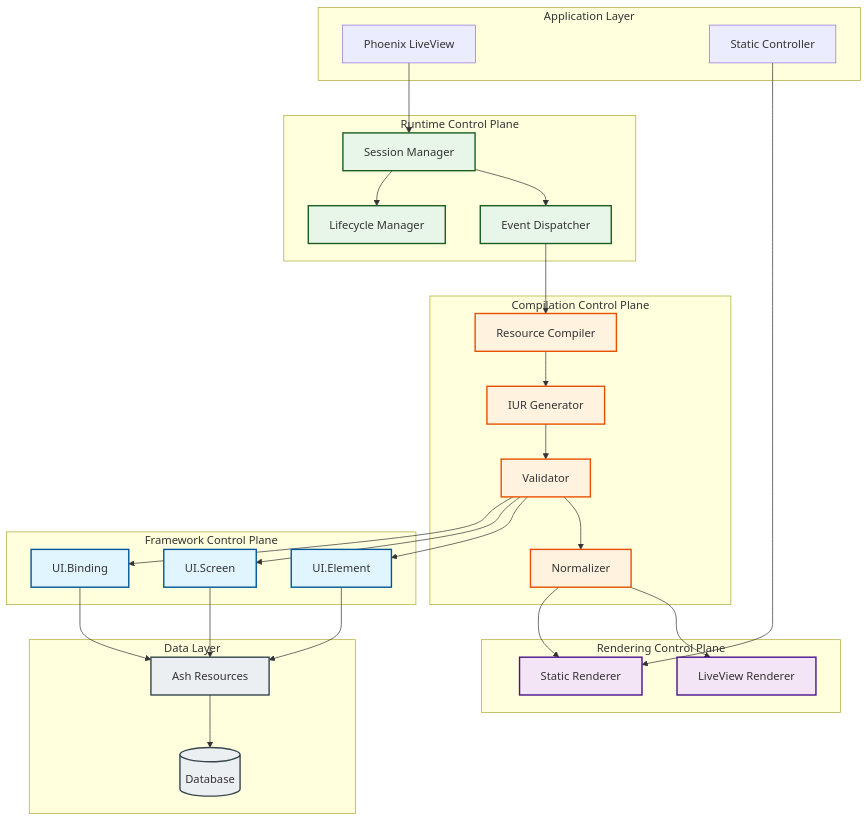
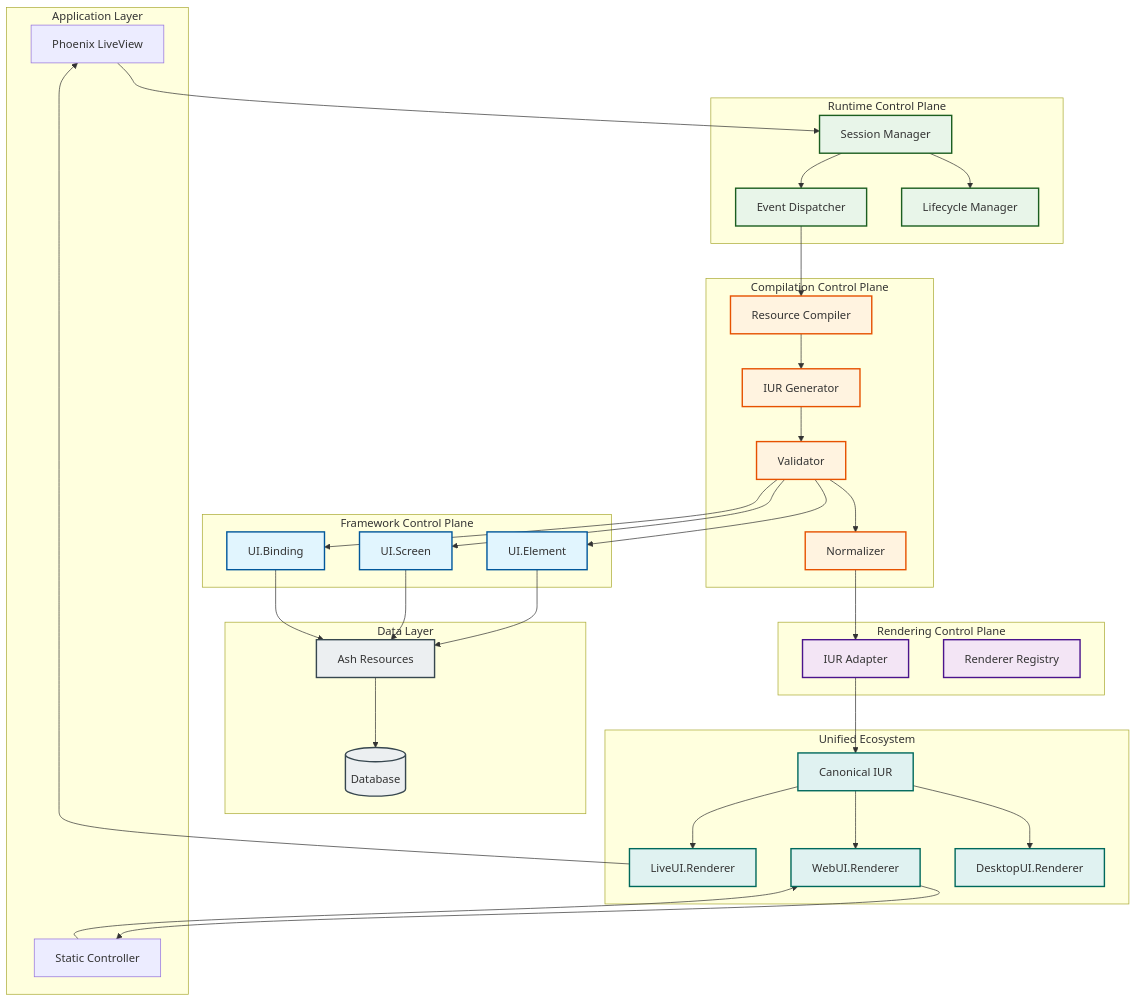
One commit to pcharbon70/ash_ui changed the first of 3 diagrams in guides/developer/DG-0001-architecture-overview.md. Above: the diagram before and after it, drawn with Mermaid. The commit also changed other lines of this file and 9 other files, not shown here.

First line of the commit message:
Update Ash UI specs to integrate with unified-ui ecosystem

````diff
--- a/guides/developer/DG-0001-architecture-overview.md
+++ b/guides/developer/DG-0001-architecture-overview.md
@@ -62,8 +62,15 @@
     end
 
     subgraph Rendering["Rendering Control Plane"]
-        LiveRenderer["LiveView Renderer"]
-        WebRenderer["Static Renderer"]
+        Adapter["IUR Adapter"]
+        Registry["Renderer Registry"]
+    end
+
+    subgraph Unified["Unified Ecosystem"]
+        Canonical["Canonical IUR"]
+        LiveRenderer["LiveUI.Renderer"]
+        WebRenderer["WebUI.Renderer"]
+        DesktopRenderer["DesktopUI.Renderer"]
     end
 
     LiveView --> Session
@@ -76,9 +83,15 @@
     Compiler --> IUR
     IUR --> Validator
     Validator --> Normalizer
+    Normalizer --> Adapter
+    Adapter --> Canonical
 
-    Normalizer --> LiveRenderer
-    Normalizer --> WebRenderer
+    Canonical --> LiveRenderer
+    Canonical --> WebRenderer
+    Canonical --> DesktopRenderer
+
+    LiveRenderer --> LiveView
+    WebRenderer --> Static
 
     Validator --> Element
     Validator --> Screen
@@ -95,10 +108,12 @@
     classDef rendering fill:#f3e5f5,stroke:#4a148c,stroke-width:2px
     classDef runtime fill:#e8f5e9,stroke:#1b5e20,stroke-width:2px
     classDef data fill:#eceff1,stroke:#37474f,stroke-width:2px
+    classDef unified fill:#e0f2f1,stroke:#00695c,stroke-width:2px
 
     class Element,Screen,Binding framework
     class Compiler,IUR,Validator,Normalizer compilation
-    class LiveRenderer,WebRenderer rendering
+    class Adapter,Registry rendering
     class Session,Event,Lifecycle runtime
     class Resources,DB data
+    class Canonical,LiveRenderer,WebRenderer,DesktopRenderer unified
 ```
````
